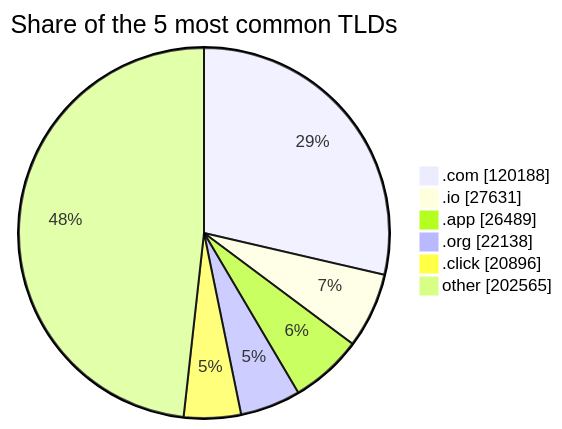
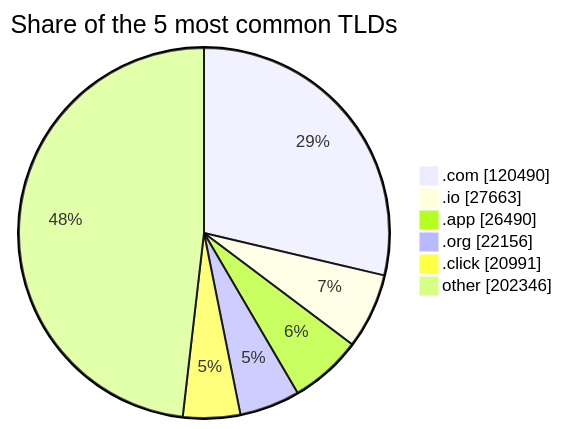
The third of 3 diagrams in README.md (DNSBunker/CTI), drawn with Mermaid before and after one commit. The commit also changed other lines of this file and 3 other files, not shown here.

````diff
--- a/README.md
+++ b/README.md
@@ -81,9 +81,9 @@
 ```mermaid
 pie showData title Share of the 5 most common TLDs
-    ".com" : 120188
-    ".io" : 27631
-    ".app" : 26489
-    ".org" : 22138
-    ".click" : 20896
-    "other" : 202565
+    ".com" : 120490
+    ".io" : 27663
+    ".app" : 26490
+    ".org" : 22156
+    ".click" : 20991
+    "other" : 202346
 ```
````
